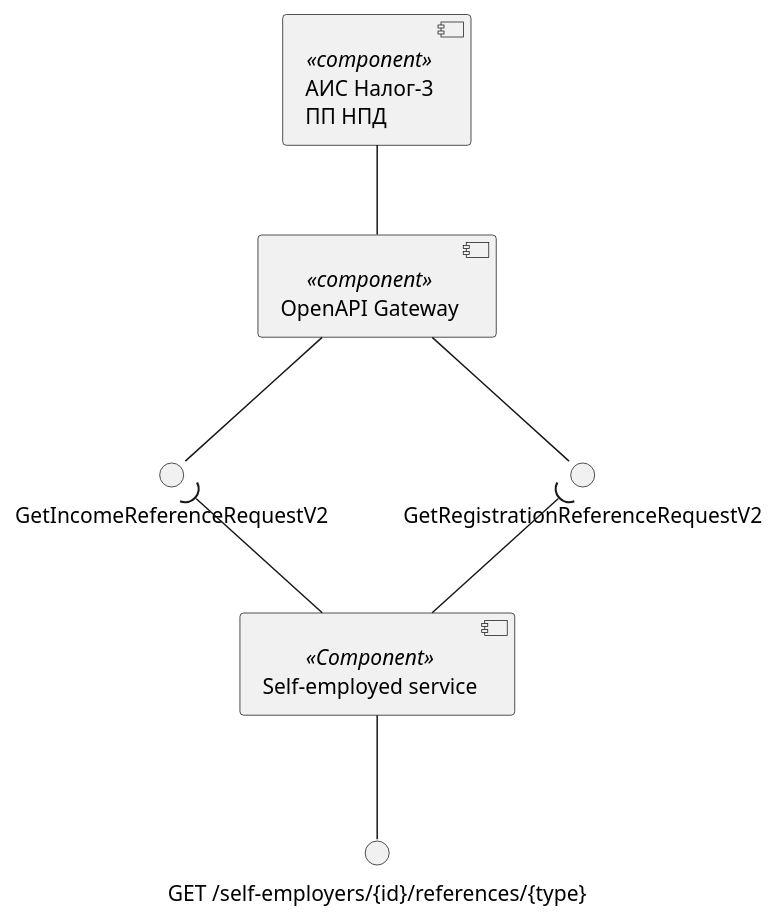
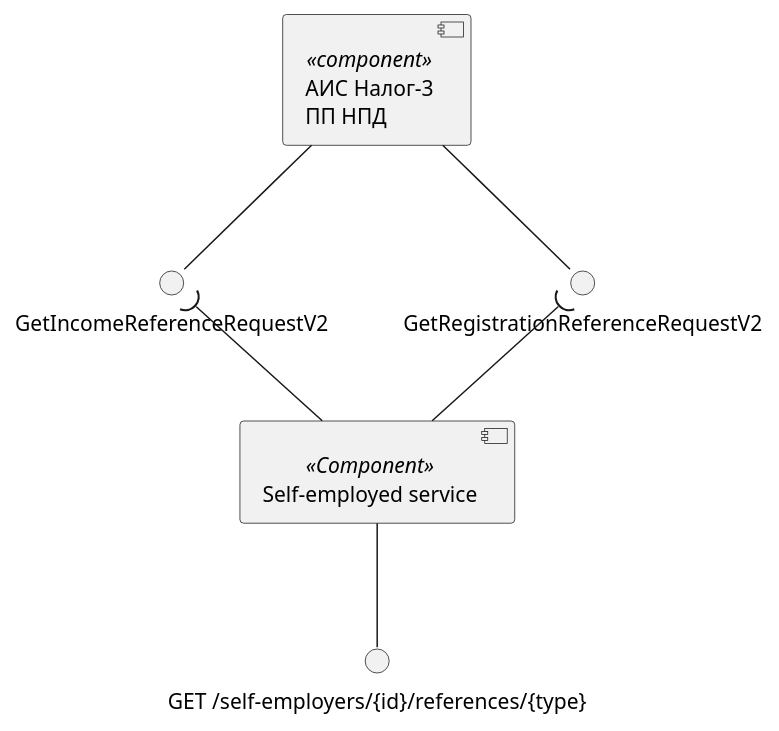
Before and after one commit to RaikBitters/ibank-internal-services: the fifth of 7 diagrams in diagrams/self-employed-service/components.puml, drawn with PlantUML. The commit also changed other lines of this file and 6 other files, not shown here.

Commit message:
Updated diagrams

```diff
--- a/diagrams/self-employed-service/components.puml
+++ b/diagrams/self-employed-service/components.puml
@@ -169,20 +163,18 @@
 @startuml references-components
 
 component "АИС Налог-3\nПП НПД" as Tax3 <<component>>
-component "OpenAPI Gateway" as OpenAPI <<component>>
 interface "GetRegistrationReferenceRequestV2" as GetRegistrationReference
 interface "GetIncomeReferenceRequestV2" as GetIncomeReference
 
-Tax3 -- OpenAPI
-OpenAPI --() GetRegistrationReference
-OpenAPI --() GetIncomeReference
+Tax3 --() GetRegistrationReference
+Tax3 --() GetIncomeReference
 
 component "Self-employed service" as SelfEmplService <<Component>>
 interface "GET /self-employers/{id}/references/{type}" as getReference
 
 SelfEmplService --() getReference
 
 SelfEmplService -up-( GetRegistrationReference
 SelfEmplService -up-( GetIncomeReference
 
 @enduml
```
